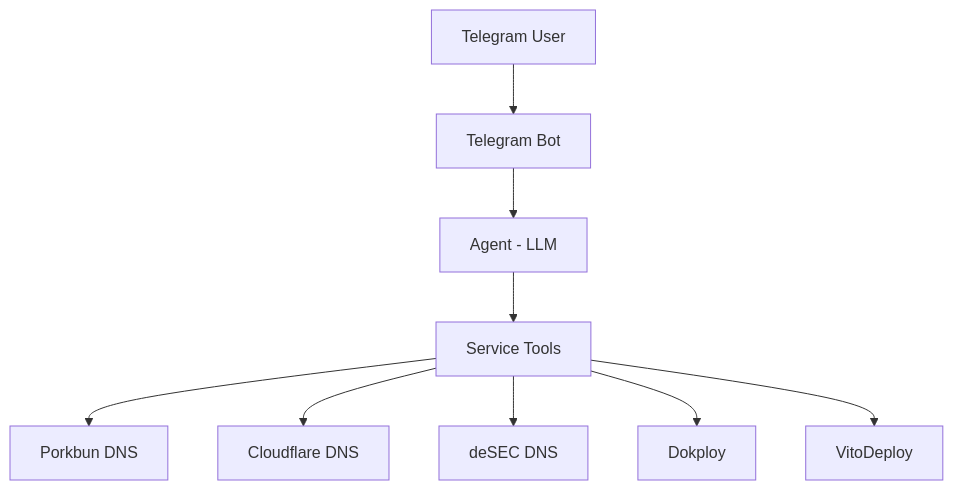
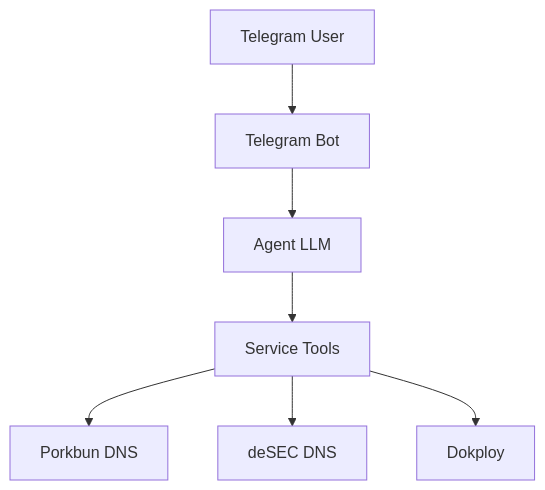
Before and after one commit to arifnd/kerdus: the diagram in README.md, drawn with Mermaid. The commit also changed other lines of this file, not shown here.

````diff
--- a/README.md
+++ b/README.md
@@ -9,11 +9,9 @@
 ```mermaid
-graph TD
+flowchart TD
     User[Telegram User] --> Bot[Telegram Bot]
-    Bot --> Agent[Agent - LLM]
+    Bot --> Agent[Agent LLM]
     Agent --> Tools[Service Tools]
     Tools --> Porkbun[Porkbun DNS]
-    Tools --> Cloudflare[Cloudflare DNS]
     Tools --> DeSec[deSEC DNS]
     Tools --> Dokploy[Dokploy]
-    Tools --> VitoDeploy[VitoDeploy]
 ```
````
